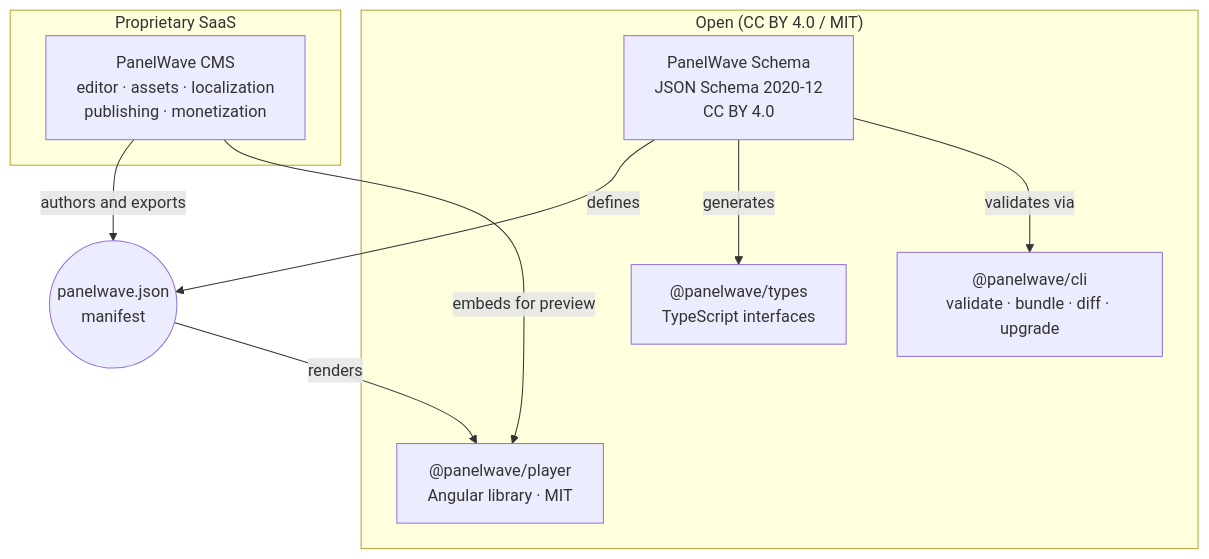
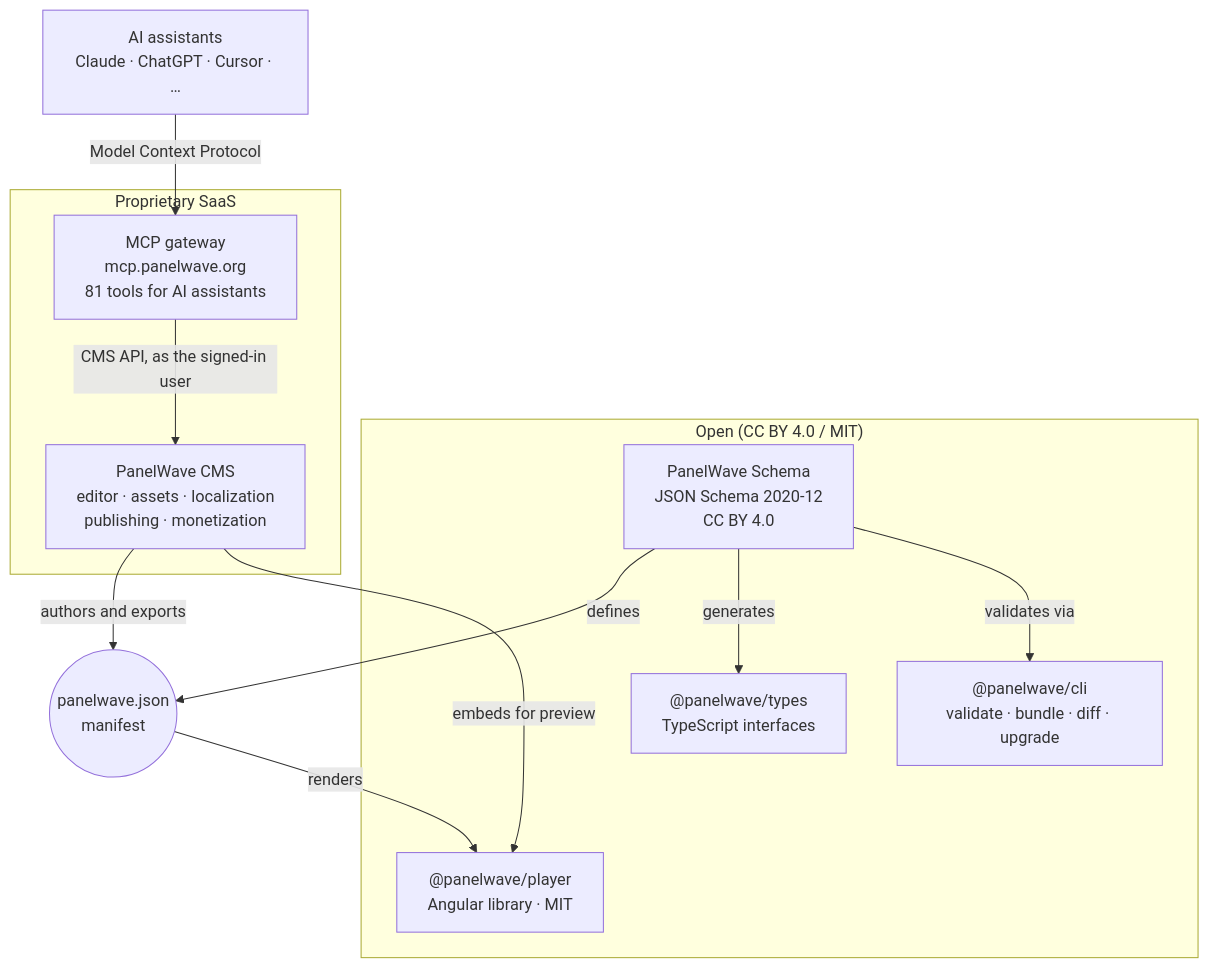
The diagram in concepts/architecture.mdx (peoplegraphics/documentationai-Docs), drawn with Mermaid before and after one commit. The commit also changed other lines of this file and 8 other files, not shown here.

Commit message:
docs: MCP gateway changelog entry; AI assistants on the introduction, architecture, quickstart, CMS overview and Help Center; beta and bridge release notes

````diff
--- a/concepts/architecture.mdx
+++ b/concepts/architecture.mdx
@@ -10,20 +10,25 @@
 ```mermaid
 graph TD
     subgraph Open["Open (CC BY 4.0 / MIT)"]
         SCHEMA["PanelWave Schema<br/>JSON Schema 2020-12<br/>CC BY 4.0"]
         TYPES["@panelwave/types<br/>TypeScript interfaces"]
         CLI["@panelwave/cli<br/>validate · bundle · diff · upgrade"]
         PLAYER["@panelwave/player<br/>Angular library · MIT"]
     end
     subgraph Proprietary["Proprietary SaaS"]
         CMS["PanelWave CMS<br/>editor · assets · localization<br/>publishing · monetization"]
+        MCP["MCP gateway<br/>mcp.panelwave.org<br/>81 tools for AI assistants"]
     end
+    AI["AI assistants<br/>Claude · ChatGPT · Cursor · …"]
     MANIFEST(("panelwave.json<br/>manifest"))
+
+    AI -->|Model Context Protocol| MCP
+    MCP -->|CMS API, as the signed-in user| CMS
 
     SCHEMA -->|defines| MANIFEST
     SCHEMA -->|generates| TYPES
     SCHEMA -->|validates via| CLI
     CMS -->|authors and exports| MANIFEST
     MANIFEST -->|renders| PLAYER
     CMS -->|embeds for preview| PLAYER
 ```
````
